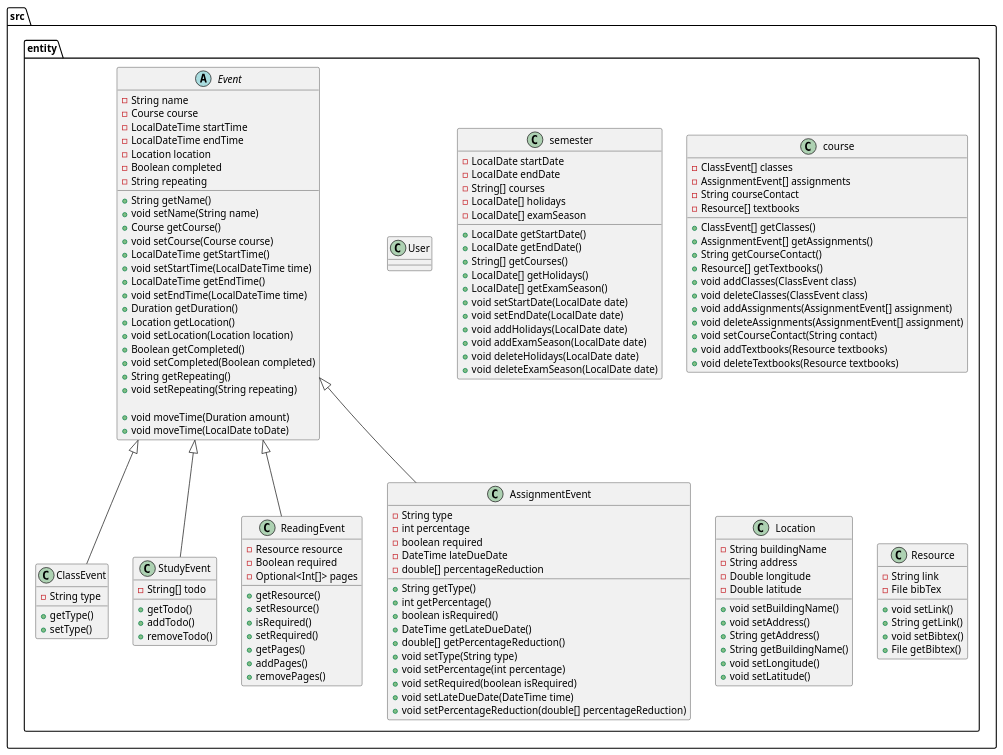
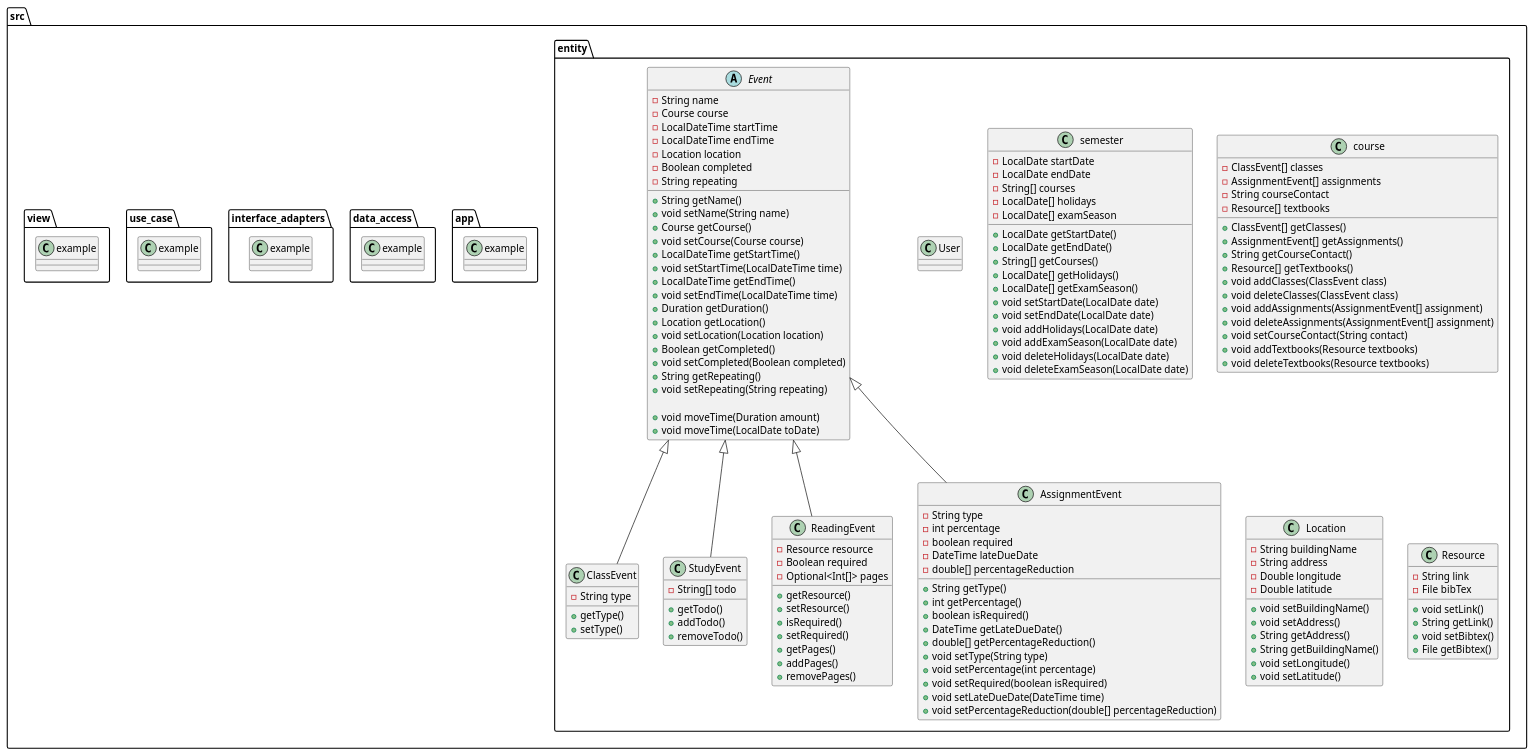
One commit to Rafiah-n/AcademiCal changed the diagram in DESIGN.puml. Above: the diagram before and after it, drawn with PlantUML.

Commit message:
outline of folder format on design uml diagram

```diff
--- a/DESIGN.puml
+++ b/DESIGN.puml
@@ -1,159 +1,189 @@
 @startuml
 
 folder src {
 
     folder entity {
 
         abstract Event {
             - String name
             - Course course
             - LocalDateTime startTime
             - LocalDateTime endTime
             - Location location
             - Boolean completed
             - String repeating  /' weekly, monthly, daily, biweekly... '/
                                 /' could probably use a better type than String '/
 
             + String getName()
             + void setName(String name)
             + Course getCourse()
             + void setCourse(Course course)
             + LocalDateTime getStartTime()
             + void setStartTime(LocalDateTime time)
             + LocalDateTime getEndTime()
             + void setEndTime(LocalDateTime time)
             + Duration getDuration()
             + Location getLocation()
             + void setLocation(Location location)
             + Boolean getCompleted()
             + void setCompleted(Boolean completed)
             + String getRepeating()
             + void setRepeating(String repeating)
 
             ' Moves start and end times in unison
             + void moveTime(Duration amount)  /' Negative duration values move backwards '/
             + void moveTime(LocalDate toDate)
         }
 
         class ClassEvent extends Event {
             - String type
 
             + getType()
             + setType()
         }
 
         class StudyEvent extends Event {
             - String[] todo
 
             + getTodo()
             + addTodo()
             + removeTodo()
         }
 
         class ReadingEvent extends Event {
             - Resource resource
             - Boolean required
             - Optional<Int[]> pages
 
             + getResource()
             + setResource()
             + isRequired()
             + setRequired()
             + getPages()
             + addPages()
             + removePages()
         }
 
         class AssignmentEvent extends Event {
             - String type
             - int percentage
             - boolean required
             - DateTime lateDueDate
             - double[] percentageReduction
 
 
             + String getType()
             + int getPercentage()
             + boolean isRequired()
             + DateTime getLateDueDate()
             + double[] getPercentageReduction()
             + void setType(String type)
             + void setPercentage(int percentage)
             + void setRequired(boolean isRequired)
             + void setLateDueDate(DateTime time)
             + void setPercentageReduction(double[] percentageReduction)
         }
 
         class User {
             ' Unimplemented for now
         }
 
         class semester{
             - LocalDate startDate
             - LocalDate endDate
             - String[] courses
             - LocalDate[] holidays
             - LocalDate[] examSeason
 
             + LocalDate getStartDate()
             + LocalDate getEndDate()
             + String[] getCourses()
             + LocalDate[] getHolidays()
             + LocalDate[] getExamSeason()
             + void setStartDate(LocalDate date)
             + void setEndDate(LocalDate date)
             + void addHolidays(LocalDate date)
             + void addExamSeason(LocalDate date)
             + void deleteHolidays(LocalDate date)
             + void deleteExamSeason(LocalDate date)
         }
 
         class course {
             - ClassEvent[] classes
             - AssignmentEvent[] assignments
             - String courseContact
             - Resource[] textbooks
 
             + ClassEvent[] getClasses()
             + AssignmentEvent[] getAssignments()
             + String getCourseContact()
             + Resource[] getTextbooks()
             + void addClasses(ClassEvent class)
             + void deleteClasses(ClassEvent class)
             + void addAssignments(AssignmentEvent[] assignment)
             + void deleteAssignments(AssignmentEvent[] assignment)
             + void setCourseContact(String contact)
             + void addTextbooks(Resource textbooks)
             + void deleteTextbooks(Resource textbooks)
         }
 
         class Location{
             - String buildingName
             - String address
             - Double longitude
             - Double latitude
 
             + void setBuildingName()
             + void setAddress()
             + String getAddress()
             + String getBuildingName()
             + void setLongitude()
             + void setLatitude()
         }
 
         class Resource{
             - String link
             - File bibTex
 
             + void setLink()
             + String getLink()
             + void setBibtex()
             + File getBibtex()
         }
 
     }  /' folder entity '/
 
+    folder app{
+        class example{
+        }
+
+    } /' folder app'/
+
+    folder data_access{
+        class example{
+            }
+
+    } /' folder data_access'/
+
+    folder interface_adapters{
+        class example{
+        }
+
+    } /' folder interface_adapters'/
+
+    folder use_case{
+        class example{
+        }
+
+    } /' folder use_case'/
+
+    folder view{
+        class example{
+        }
+
+    } /' folder view'/
+
 
 }  /' folder src '/
 
 @enduml
```
